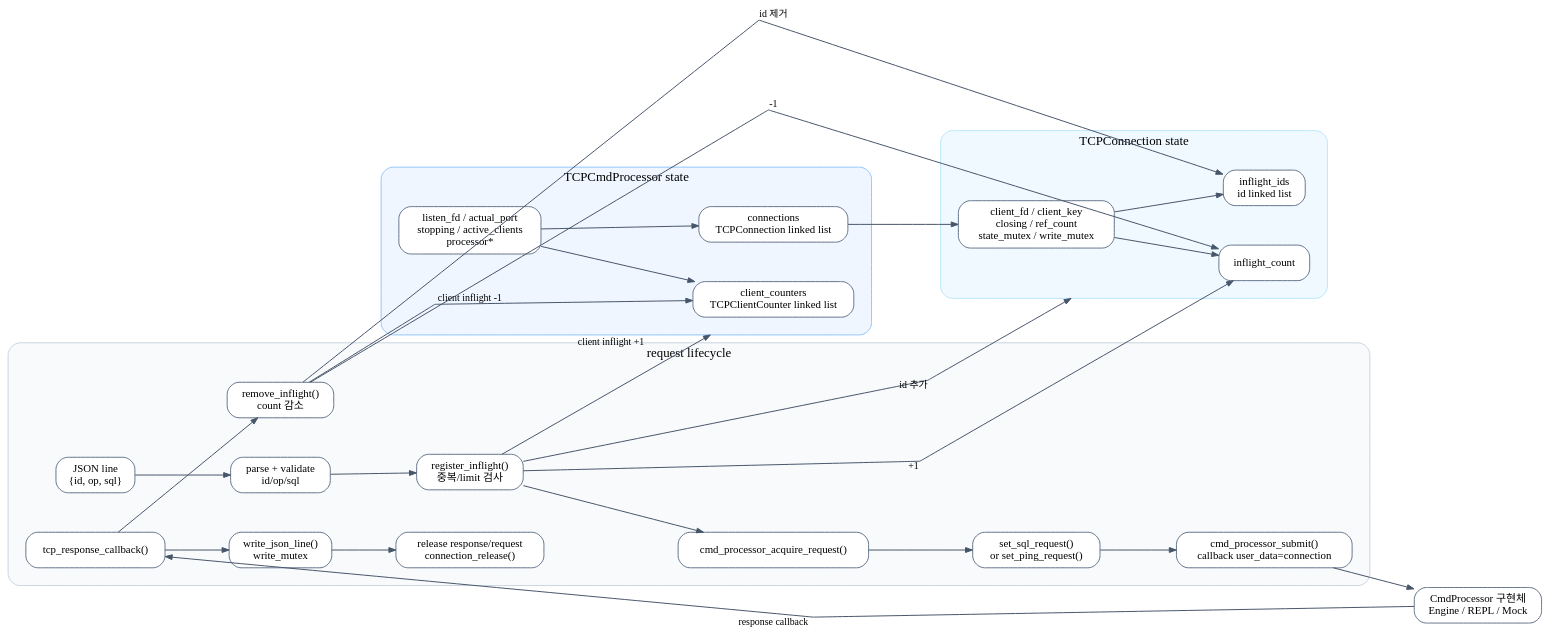
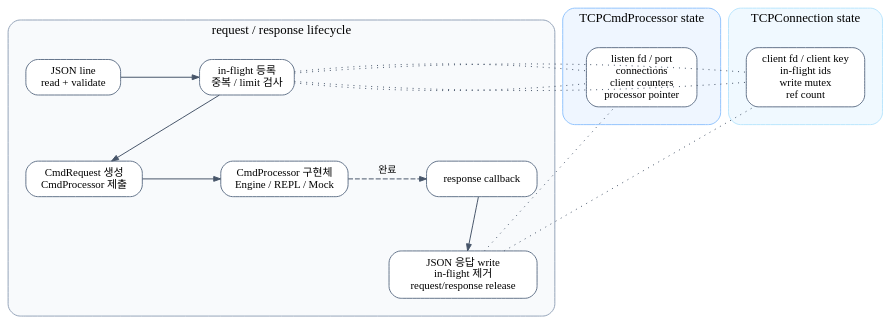
One commit to Wish-Upon-A-Star/SQL-B-Tree changed the diagram in docs/sijun-yang/diagrams/004_tcp_cmd_processor_state_lifecycle.dot. Above: the diagram before and after it, drawn with Graphviz. The commit also changed 5 other files, not shown here.

Commit message:
docs: refine cmd processor diagrams

```diff
--- a/docs/sijun-yang/diagrams/004_tcp_cmd_processor_state_lifecycle.dot
+++ b/docs/sijun-yang/diagrams/004_tcp_cmd_processor_state_lifecycle.dot
@@ -1,97 +1,84 @@
 digraph TcpCmdProcessorStateLifecycle {
     graph [
-        rankdir=LR,
+        rankdir=TB,
         compound=true,
         nodesep=0.55,
-        ranksep=0.85,
+        ranksep=0.75,
         splines=line,
+        newrank=true,
         pad=0.2,
         bgcolor="transparent"
     ];
 
     node [
         shape=box,
         style="rounded,filled",
         fillcolor="white",
         color="#64748b",
         fontname="Pretendard",
         fontsize=11,
         margin="0.14,0.09"
     ];
 
     edge [
         color="#475569",
         fontname="Pretendard",
         fontsize=10,
         arrowsize=0.7
     ];
 
-    subgraph cluster_tcp {
+    subgraph cluster_lifecycle {
+        label="request / response lifecycle";
+        style="rounded,filled";
+        color="#94a3b8";
+        fillcolor="#f8fafc";
+        fontname="Pretendard";
+        fontsize=13;
+        margin=18;
+
+        read_validate [label="JSON line\nread + validate"];
+        register [label="in-flight 등록\n중복 / limit 검사"];
+        submit [label="CmdRequest 생성\nCmdProcessor 제출"];
+        processor [label="CmdProcessor 구현체\nEngine / REPL / Mock"];
+        callback [label="response callback"];
+        write_cleanup [label="JSON 응답 write\nin-flight 제거\nrequest/response release"];
+    }
+
+    subgraph cluster_server_state {
         label="TCPCmdProcessor state";
         style="rounded,filled";
         color="#93c5fd";
         fillcolor="#eff6ff";
         fontname="Pretendard";
         fontsize=13;
         margin=18;
 
-        server_fields [label="listen_fd / actual_port\nstopping / active_clients\nprocessor*"];
-        connections [label="connections\nTCPConnection linked list"];
-        counters [label="client_counters\nTCPClientCounter linked list"];
+        server_state [label="listen fd / port\nconnections\nclient counters\nprocessor pointer"];
     }
 
-    subgraph cluster_connection {
+    subgraph cluster_connection_state {
         label="TCPConnection state";
         style="rounded,filled";
         color="#bae6fd";
         fillcolor="#f0f9ff";
         fontname="Pretendard";
         fontsize=13;
         margin=18;
 
-        conn_fields [label="client_fd / client_key\nclosing / ref_count\nstate_mutex / write_mutex"];
-        inflight [label="inflight_ids\nid linked list"];
-        inflight_count [label="inflight_count"];
+        connection_state [label="client fd / client key\nin-flight ids\nwrite mutex\nref count"];
     }
 
-    subgraph cluster_request {
-        label="request lifecycle";
-        style="rounded,filled";
-        color="#cbd5e1";
-        fillcolor="#f8fafc";
-        fontname="Pretendard";
-        fontsize=13;
-        margin=18;
+    { rank=same; read_validate; register; }
+    { rank=same; submit; processor; callback; }
+    { rank=same; write_cleanup; }
+    { rank=same; server_state; connection_state; }
 
-        json [label="JSON line\n{id, op, sql}"];
-        parse [label="parse + validate\nid/op/sql"];
-        register [label="register_inflight()\n중복/limit 검사"];
-        acquire [label="cmd_processor_acquire_request()"];
-        set_request [label="set_sql_request()\nor set_ping_request()"];
-        submit [label="cmd_processor_submit()\ncallback user_data=connection"];
-        callback [label="tcp_response_callback()"];
-        write [label="write_json_line()\nwrite_mutex"];
-        remove [label="remove_inflight()\ncount 감소"];
-        release [label="release response/request\nconnection_release()"];
-    }
+    read_validate -> register -> submit -> processor;
+    processor -> callback [style=dashed, label="완료"];
+    callback -> write_cleanup;
 
-    cmd [label="CmdProcessor 구현체\nEngine / REPL / Mock", fillcolor="#ffffff", color="#64748b"];
-
-    server_fields -> connections;
-    server_fields -> counters;
-    connections -> conn_fields;
-    conn_fields -> inflight;
-    conn_fields -> inflight_count;
-
-    json -> parse -> register -> acquire -> set_request -> submit -> cmd;
-    register -> inflight [label="id 추가", lhead=cluster_connection];
-    register -> inflight_count [label="+1"];
-    register -> counters [label="client inflight +1", lhead=cluster_tcp];
-    cmd -> callback [label="response callback"];
-    callback -> write;
-    callback -> remove;
-    remove -> inflight [label="id 제거"];
-    remove -> inflight_count [label="-1"];
-    remove -> counters [label="client inflight -1"];
-    write -> release;
+    register -> server_state [style=dotted, arrowhead=none, constraint=false];
+    register -> connection_state [style=dotted, arrowhead=none, constraint=false];
+    write_cleanup -> server_state [style=dotted, arrowhead=none, constraint=false];
+    write_cleanup -> connection_state [style=dotted, arrowhead=none, constraint=false];
 }
```
